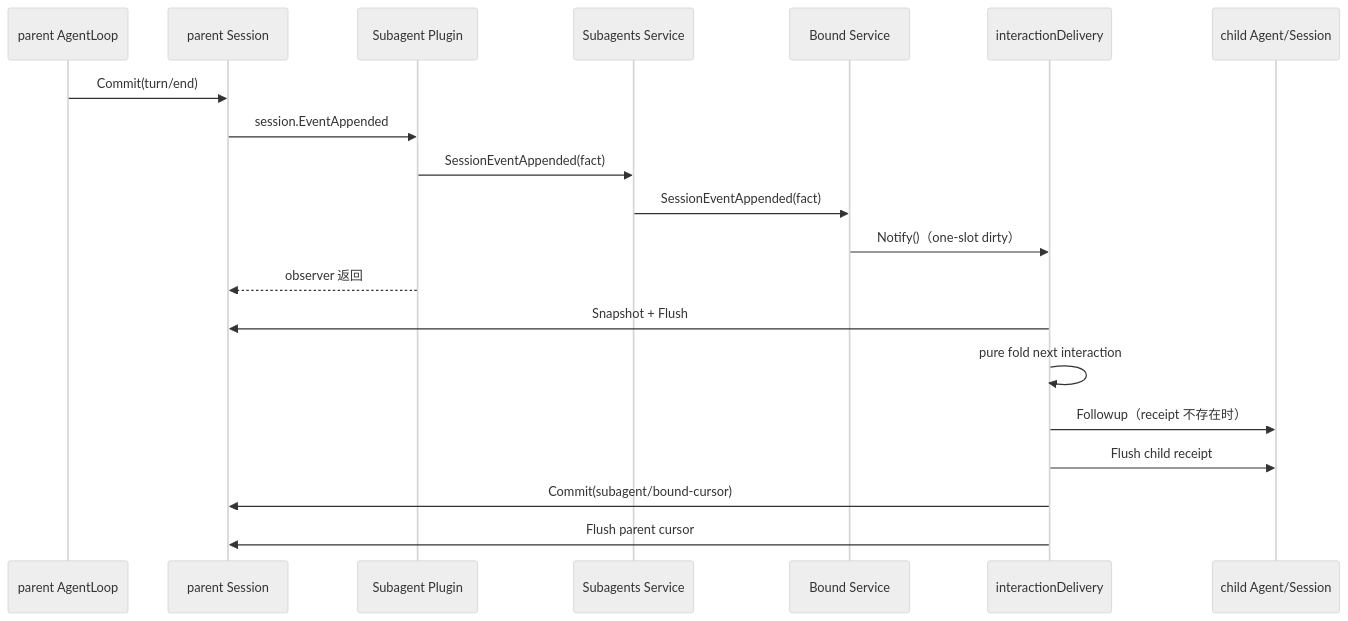
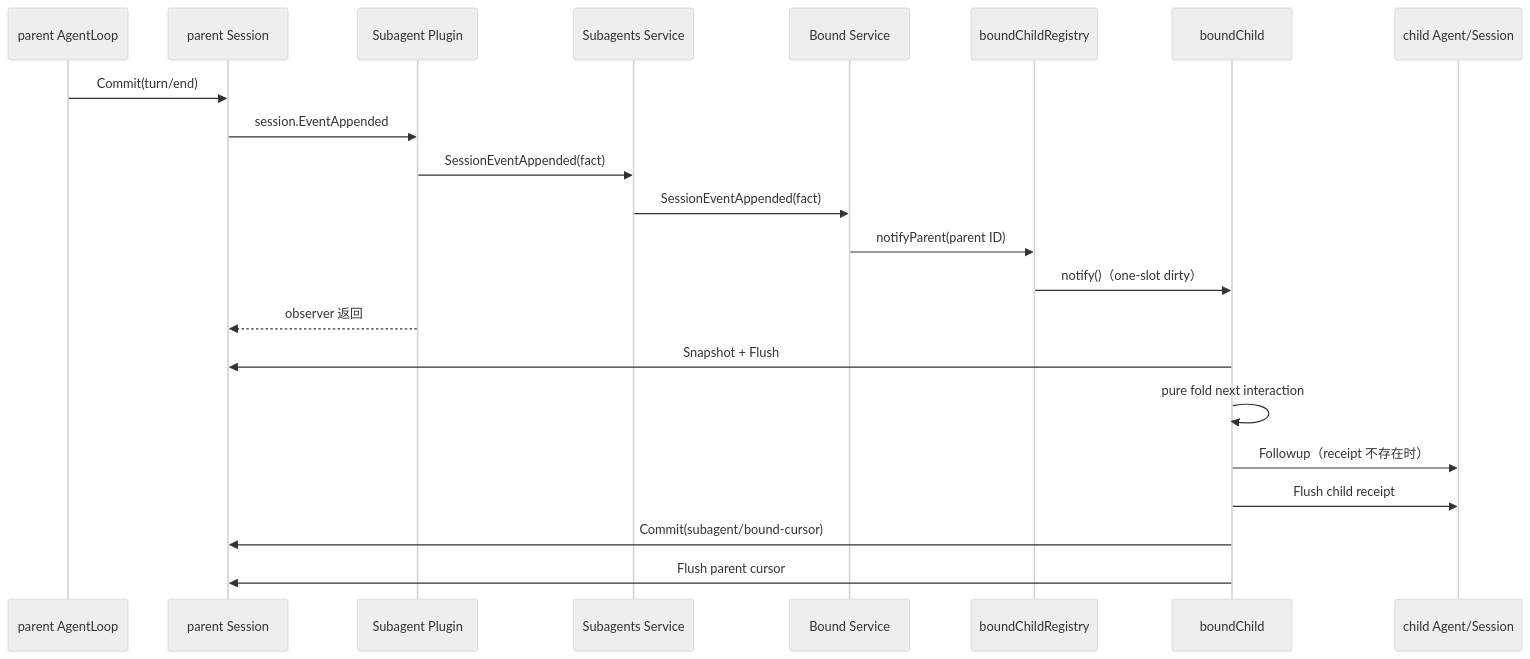
One commit to gorenx/goren changed the diagram in subagent/docs/session-event-delivery.zh-CN.md. Above: the diagram before and after it, drawn with Mermaid (neutral theme). The commit also changed other lines of this file and 4 other files, not shown here.

Commit message:
docs(subagent): describe bound child ownership

````diff
--- a/subagent/docs/session-event-delivery.zh-CN.md
+++ b/subagent/docs/session-event-delivery.zh-CN.md
@@ -36,23 +36,25 @@
 ```mermaid
 sequenceDiagram
     participant L as parent AgentLoop
     participant S as parent Session
     participant P as Subagent Plugin
     participant F as Subagents Service
-    participant B as Bound Service
-    participant W as interactionDelivery
+    participant BS as Bound Service
+    participant R as boundChildRegistry
+    participant BC as boundChild
     participant C as child Agent/Session
 
     L->>S: Commit(turn/end)
     S->>P: session.EventAppended
     P->>F: SessionEventAppended(fact)
-    F->>B: SessionEventAppended(fact)
-    B->>W: Notify()（one-slot dirty）
+    F->>BS: SessionEventAppended(fact)
+    BS->>R: notifyParent(parent ID)
+    R->>BC: notify()（one-slot dirty）
     P-->>S: observer 返回
-    W->>S: Snapshot + Flush
-    W->>W: pure fold next interaction
-    W->>C: Followup（receipt 不存在时）
-    W->>C: Flush child receipt
-    W->>S: Commit(subagent/bound-cursor)
-    W->>S: Flush parent cursor
+    BC->>S: Snapshot + Flush
+    BC->>BC: pure fold next interaction
+    BC->>C: Followup（receipt 不存在时）
+    BC->>C: Flush child receipt
+    BC->>S: Commit(subagent/bound-cursor)
+    BC->>S: Flush parent cursor
 ```
````
